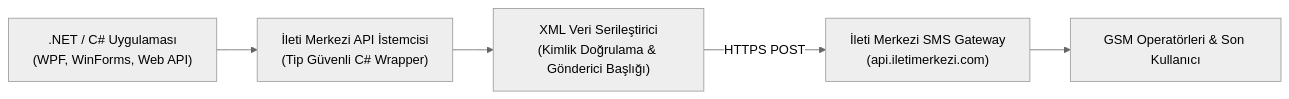
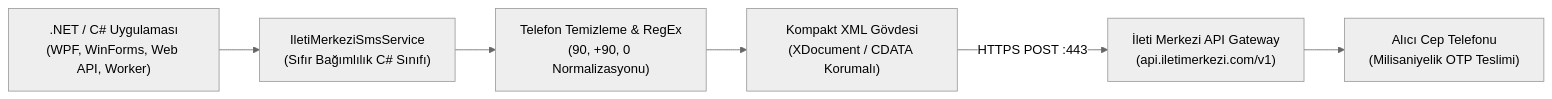
The diagram in src/content/broadcasts/tr/csharp-ileti-merkezi-sms-api.md (oaonuraksoy/oaonuraksoy), drawn with Mermaid (neutral theme) before and after one commit. The commit also changed other lines of this file and 28 other files, not shown here.

Commit message:
feat(broadcasts): humanize 10 video case studies, add vault assets, webp covers and faqpage schema

````diff
--- a/src/content/broadcasts/tr/csharp-ileti-merkezi-sms-api.md
+++ b/src/content/broadcasts/tr/csharp-ileti-merkezi-sms-api.md
@@ -34,7 +50,8 @@
 ```mermaid
 flowchart LR
-    App[".NET / C# Uygulaması<br/>(WPF, WinForms, Web API)"] --> Client["İleti Merkezi API İstemcisi<br/>(Tip Güvenli C# Wrapper)"]
-    Client --> Serializer["XML Veri Serileştirici<br/>(Kimlik Doğrulama & Gönderici Başlığı)"]
-    Serializer -->|HTTPS POST| Gateway["İleti Merkezi SMS Gateway<br/>(api.iletimerkezi.com)"]
-    Gateway --> Telecom["GSM Operatörleri & Son Kullanıcı"]
+    App[".NET / C# Uygulaması<br/>(WPF, WinForms, Web API, Worker)"] --> Service["IletiMerkeziSmsService<br/>(Sıfır Bağımlılık C# Sınıfı)"]
+    Service --> Sanitizer["Telefon Temizleme & RegEx<br/>(90, +90, 0 Normalizasyonu)"]
+    Sanitizer --> XML["Kompakt XML Gövdesi<br/>(XDocument / CDATA Korumalı)"]
+    XML -->|HTTPS POST :443| Gateway["İleti Merkezi API Gateway<br/>(api.iletimerkezi.com/v1)"]
+    Gateway --> Mobile["Alıcı Cep Telefonu<br/>(Milisaniyelik OTP Teslimi)"]
 ```
````
